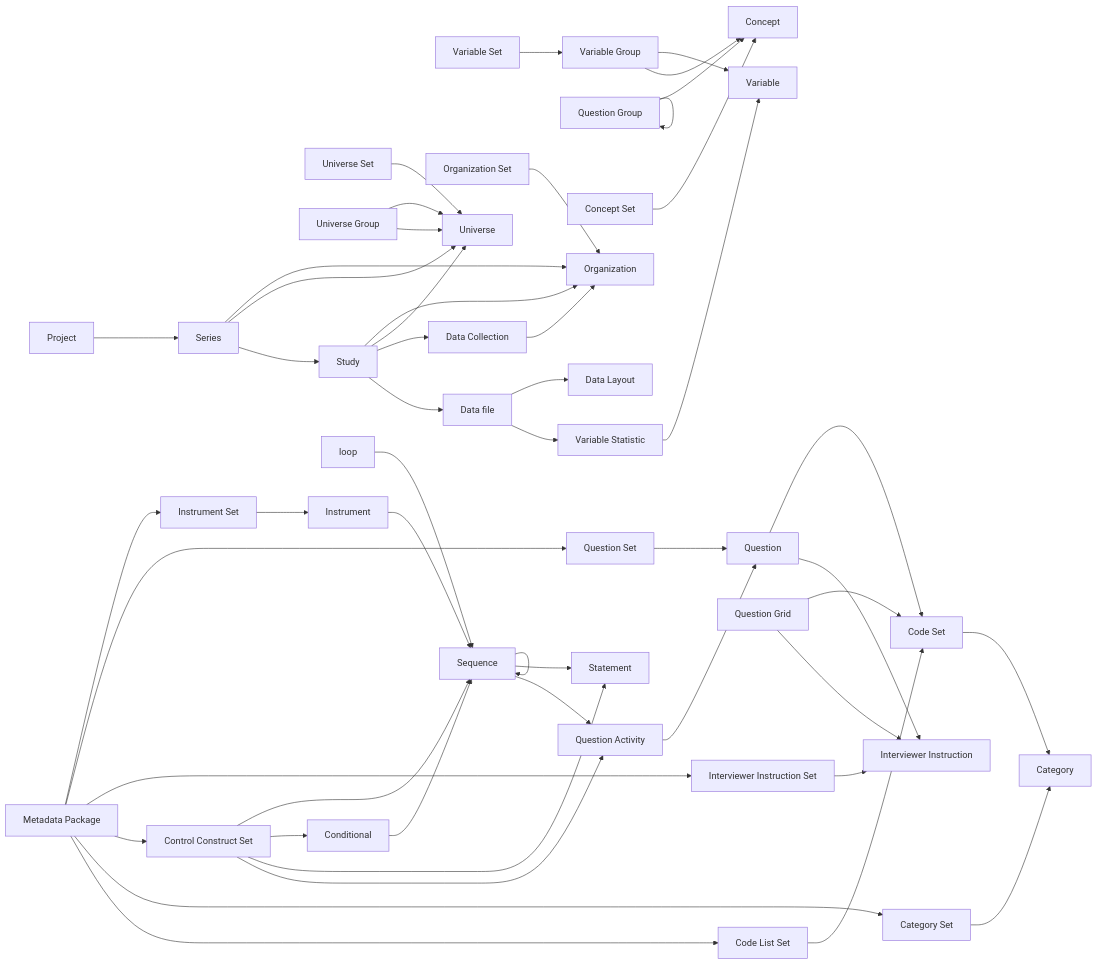
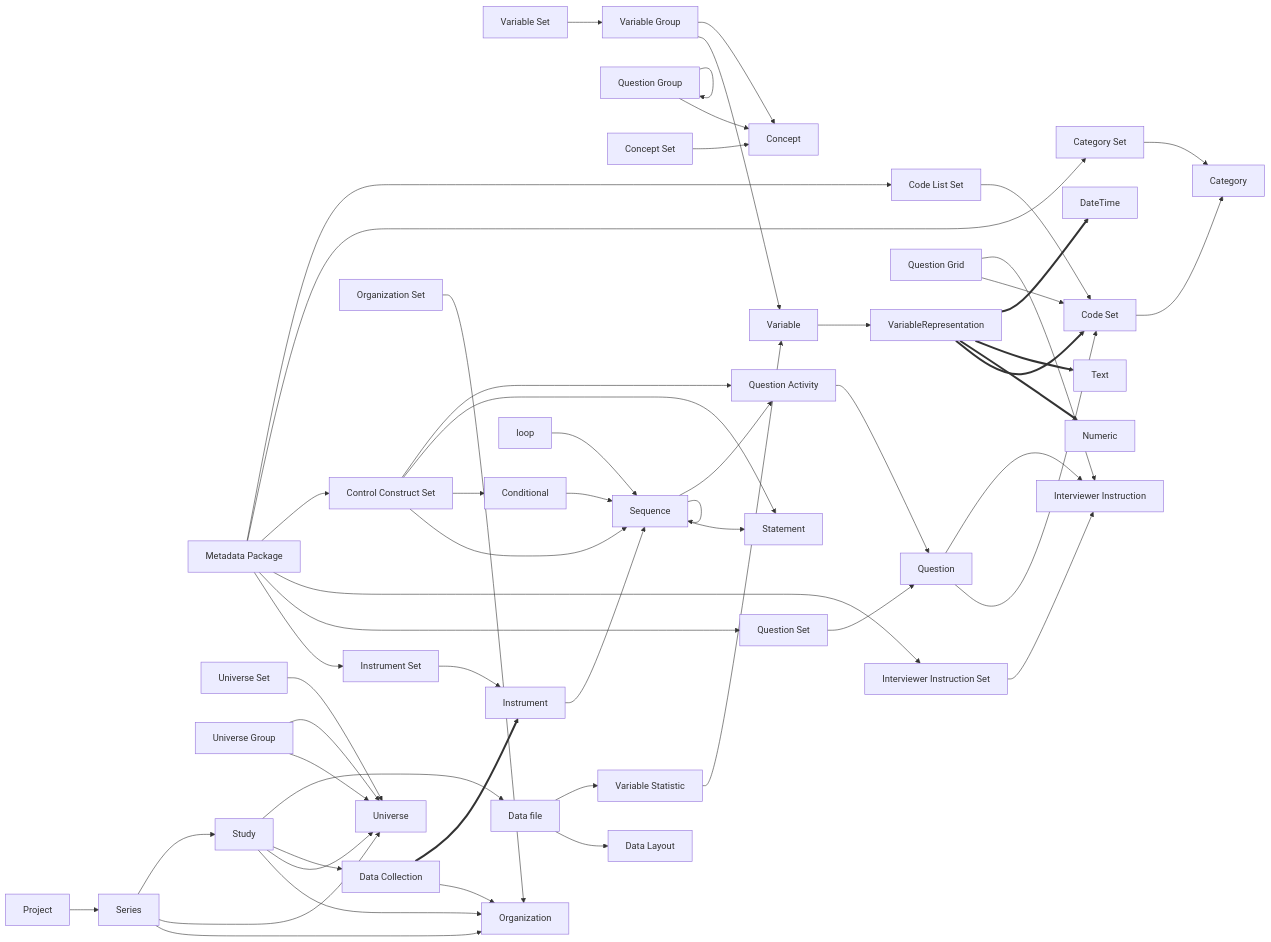
Before and after one commit to CLOSER-Cohorts/colectica-api: the diagram in README.md, drawn with Mermaid.

Commit message:
Added variable representations and link from DC to Instrument
Added variable representations and link from DC to Instrument

````diff
--- a/README.md
+++ b/README.md
@@ -30,52 +30,58 @@
 ```mermaid
 graph LR
   VS[Variable Set] --> VG[Variable Group]
   QGr[Question Group] --> Concept
   QGr[Question Group] --> QGr[Question Group]
   VG[Variable Group] --> Variable
   VG[Variable Group] --> Concept
   CS[Concept Set] --> Concept
   MetP[Metadata Package] --> InS[Instrument Set]
   MetP[Metadata Package] --> QuS[Question Set]
   MetP[Metadata Package] --> IIS[Interviewer Instruction Set]
   MetP[Metadata Package] --> CCS[Control Construct Set]
   MetP[Metadata Package] --> CaS[Category Set]
   MetP[Metadata Package] --> CLS[Code List Set]
   QuS[Question Set] --> Question
   OrS[Organization Set] -->  Organization
   UnS[Universe Set] --> Universe
   UnG[Universe Group] --> Universe
   Project --> Series
   Series --> Organization
   Series --> Universe
   Series --> Study
   Study --> Organization
   Study --> Universe
   Study --> DaC[Data Collection]
   Study --> DaF[Data File]
   DaC[Data Collection] --> Organization
+  DaC[Data Collection] ==> Instrument
   UnG[Universe Group] --> Universe
   InS[Instrument Set] --> Instrument
   Instrument --> Sequence
   Sequence --> Sequence
   Sequence --> Statement
   Sequence --> QA[Question Activity]
   QA[Question Activity] --> Question
   QG[Question Grid] --> CoS[Code Set]
   QG[Question Grid] --> II[Interviewer Instruction]
   Question --> CoS[Code Set]
   Question --> II[Interviewer Instruction]
   CLS[Code List Set] --> CoS[Code Set]
   CoS --> Category
   CaS[Category Set] --> Category
   CCS[Control Construct Set] --> Sequence
   Conditional --> Sequence
   CCS[Control Construct Set] --> Conditional
   CCS[Control Construct Set] --> Statement
   CCS[Control Construct Set] --> QA[Question Activity]
   DaF[Data file] --> DL[Data Layout]
   DaF[Data file] --> VaS[Variable Statistic]
   VaS[Variable Statistic] --> Variable
+  Variable --> VariableRepresentation
+  VariableRepresentation ==> CoS[Code Set]
+  VariableRepresentation ==> Numeric
+  VariableRepresentation ==> Text
+  VariableRepresentation ==> DateTime
   IIS[Interviewer Instruction Set] --> II[Interviewer Instruction]
   loop --> Sequence
 ```
````
